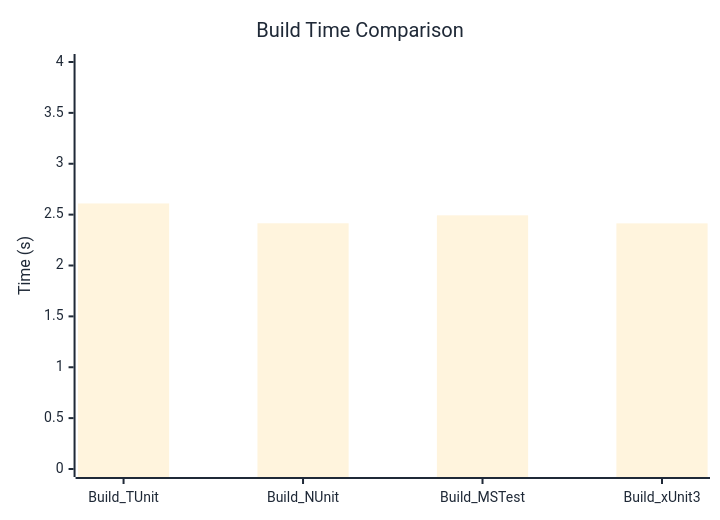
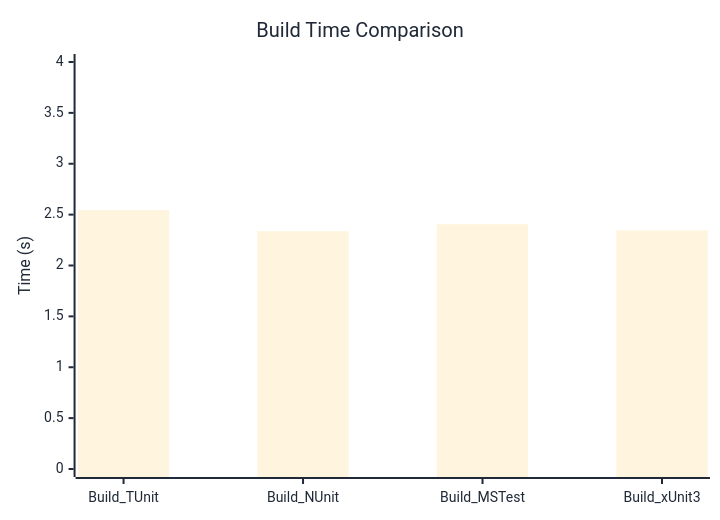
The diagram in docs/docs/benchmarks/BuildTime.md (thomhurst/TUnit), drawn with Mermaid before and after one commit. The commit also changed other lines of this file and 17 other files, not shown here.

````diff
--- a/docs/docs/benchmarks/BuildTime.md
+++ b/docs/docs/benchmarks/BuildTime.md
@@ -28,37 +28,37 @@
 ```mermaid
 %%{init: {
   'theme':'base',
   'themeVariables': {
     'primaryColor': '#2563eb',
     'primaryTextColor': '#1f2937',
     'primaryBorderColor': '#1e40af',
     'lineColor': '#6b7280',
     'secondaryColor': '#7c3aed',
     'tertiaryColor': '#dc2626',
     'background': '#ffffff',
     'mainBkg': '#2563eb',
     'secondBkg': '#7c3aed',
     'tertiaryBkg': '#dc2626',
     'clusterBkg': '#f3f4f6',
     'edgeLabelBackground': '#ffffff',
     'tertiaryTextColor': '#1f2937',
     'pie1': '#2563eb',
     'pie2': '#7c3aed',
     'pie3': '#dc2626',
     'pie4': '#f59e0b',
     'pie5': '#10b981',
     'pie6': '#06b6d4',
     'pie7': '#ec4899',
     'pie8': '#6366f1',
     'pie9': '#84cc16',
     'pie10': '#f97316',
     'pie11': '#14b8a6',
     'pie12': '#a855f7'
   }
 }}%%
 xychart-beta
   title "Build Time Comparison"
   x-axis ["Build_TUnit", "Build_NUnit", "Build_MSTest", "Build_xUnit3"]
   y-axis "Time (s)" 0 --> 4
-  bar [2.61, 2.415, 2.493, 2.414]
+  bar [2.544, 2.337, 2.406, 2.346]
 ```
````
